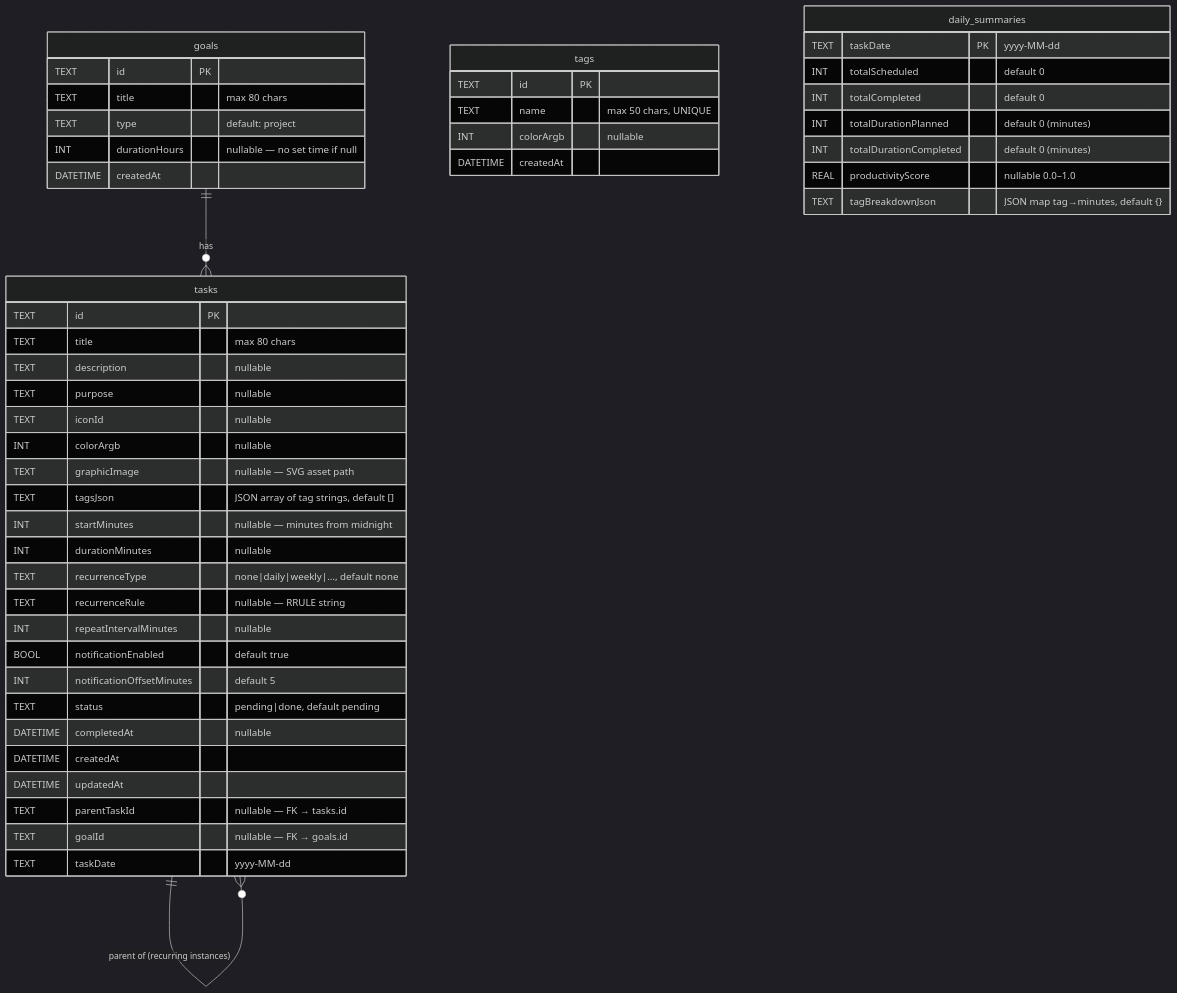
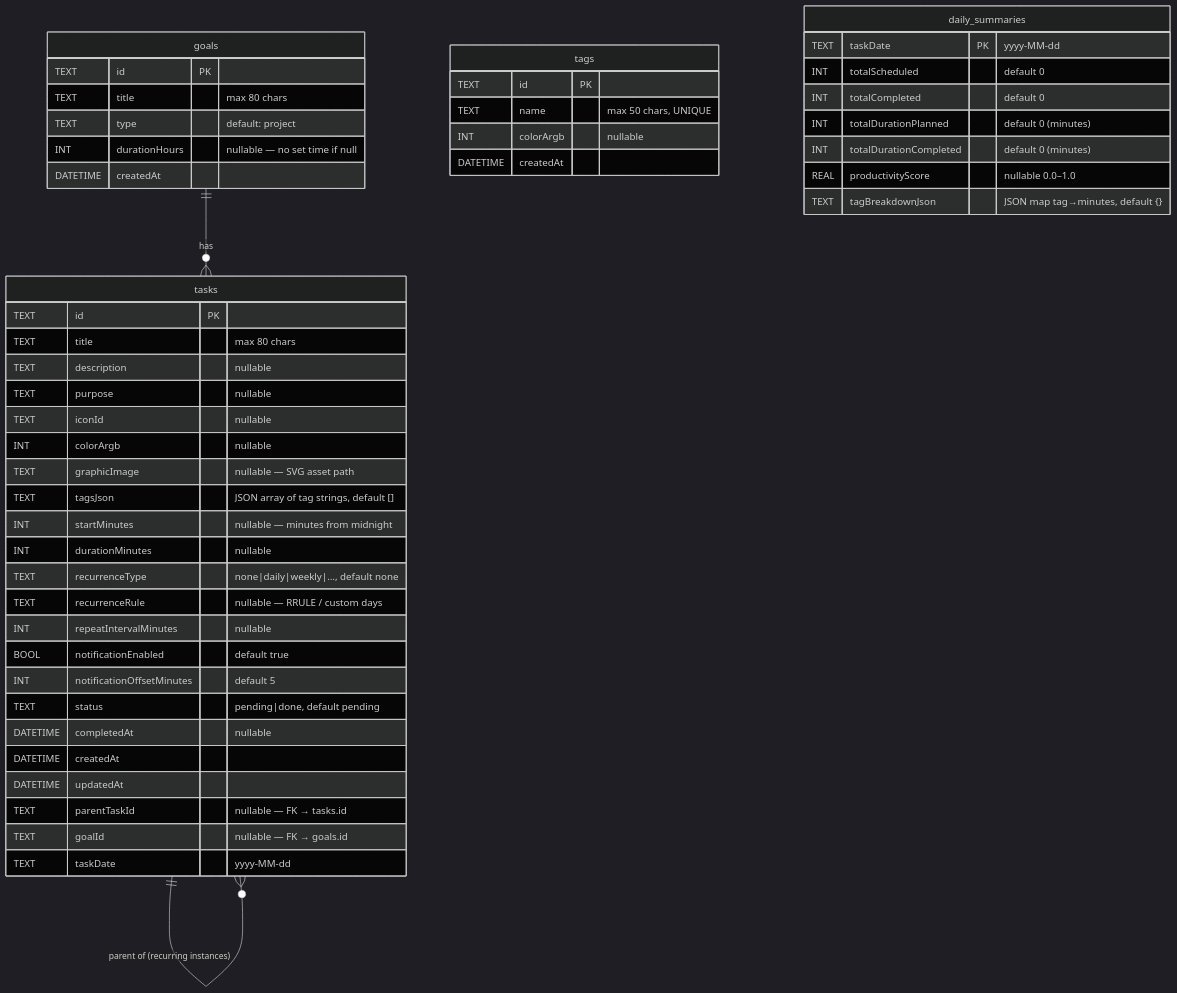
One commit to abhay-byte/TaskStack changed the first of 2 diagrams in docs/er-diagram.md. Above: the diagram before and after it, drawn with Mermaid (dark theme). The commit also changed other lines of this file, not shown here.

First line of the commit message:
docs: update ER diagram with full cloud Postgres schema (v4)

````diff
--- a/docs/er-diagram.md
+++ b/docs/er-diagram.md
@@ -10,56 +13,56 @@
 ```mermaid
 erDiagram
 
     goals {
-        TEXT   id          PK
-        TEXT   title       "max 80 chars"
-        TEXT   type        "default: project"
-        INT    durationHours   "nullable — no set time if null"
+        TEXT     id              PK
+        TEXT     title           "max 80 chars"
+        TEXT     type            "default: project"
+        INT      durationHours   "nullable — no set time if null"
         DATETIME createdAt
     }
 
     tasks {
-        TEXT     id               PK
-        TEXT     title            "max 80 chars"
-        TEXT     description      "nullable"
-        TEXT     purpose          "nullable"
-        TEXT     iconId           "nullable"
-        INT      colorArgb        "nullable"
-        TEXT     graphicImage     "nullable — SVG asset path"
-        TEXT     tagsJson         "JSON array of tag strings, default []"
-        INT      startMinutes     "nullable — minutes from midnight"
-        INT      durationMinutes  "nullable"
-        TEXT     recurrenceType   "none|daily|weekly|…, default none"
-        TEXT     recurrenceRule   "nullable — RRULE string"
-        INT      repeatIntervalMinutes "nullable"
-        BOOL     notificationEnabled   "default true"
+        TEXT     id                       PK
+        TEXT     title                    "max 80 chars"
+        TEXT     description              "nullable"
+        TEXT     purpose                  "nullable"
+        TEXT     iconId                   "nullable"
+        INT      colorArgb                "nullable"
+        TEXT     graphicImage             "nullable — SVG asset path"
+        TEXT     tagsJson                 "JSON array of tag strings, default []"
+        INT      startMinutes             "nullable — minutes from midnight"
+        INT      durationMinutes          "nullable"
+        TEXT     recurrenceType           "none|daily|weekly|…, default none"
+        TEXT     recurrenceRule           "nullable — RRULE / custom days"
+        INT      repeatIntervalMinutes    "nullable"
+        BOOL     notificationEnabled      "default true"
         INT      notificationOffsetMinutes "default 5"
-        TEXT     status           "pending|done, default pending"
-        DATETIME completedAt      "nullable"
+        TEXT     status                   "pending|done, default pending"
+        DATETIME completedAt              "nullable"
         DATETIME createdAt
         DATETIME updatedAt
-        TEXT     parentTaskId     "nullable — FK → tasks.id"
-        TEXT     goalId           "nullable — FK → goals.id"
-        TEXT     taskDate         "yyyy-MM-dd"
+        TEXT     parentTaskId             "nullable — FK → tasks.id"
+        TEXT     goalId                   "nullable — FK → goals.id"
+        TEXT     taskDate                 "yyyy-MM-dd"
     }
 
     tags {
         TEXT     id        PK
         TEXT     name      "max 50 chars, UNIQUE"
         INT      colorArgb "nullable"
         DATETIME createdAt
     }
 
     daily_summaries {
-        TEXT  taskDate              PK  "yyyy-MM-dd"
-        INT   totalScheduled            "default 0"
-        INT   totalCompleted            "default 0"
-        INT   totalDurationPlanned      "default 0 (minutes)"
-        INT   totalDurationCompleted    "default 0 (minutes)"
-        REAL  productivityScore         "nullable 0.0–1.0"
-        TEXT  tagBreakdownJson          "JSON map tag→minutes, default {}"
+        TEXT  taskDate                  PK  "yyyy-MM-dd"
+        INT   totalScheduled                "default 0"
+        INT   totalCompleted                "default 0"
+        INT   totalDurationPlanned          "default 0 (minutes)"
+        INT   totalDurationCompleted        "default 0 (minutes)"
+        REAL  productivityScore             "nullable 0.0–1.0"
+        TEXT  tagBreakdownJson              "JSON map tag→minutes, default {}"
     }
 
     goals ||--o{ tasks : "has"
     tasks ||--o{ tasks : "parent of (recurring instances)"
 ```
````
